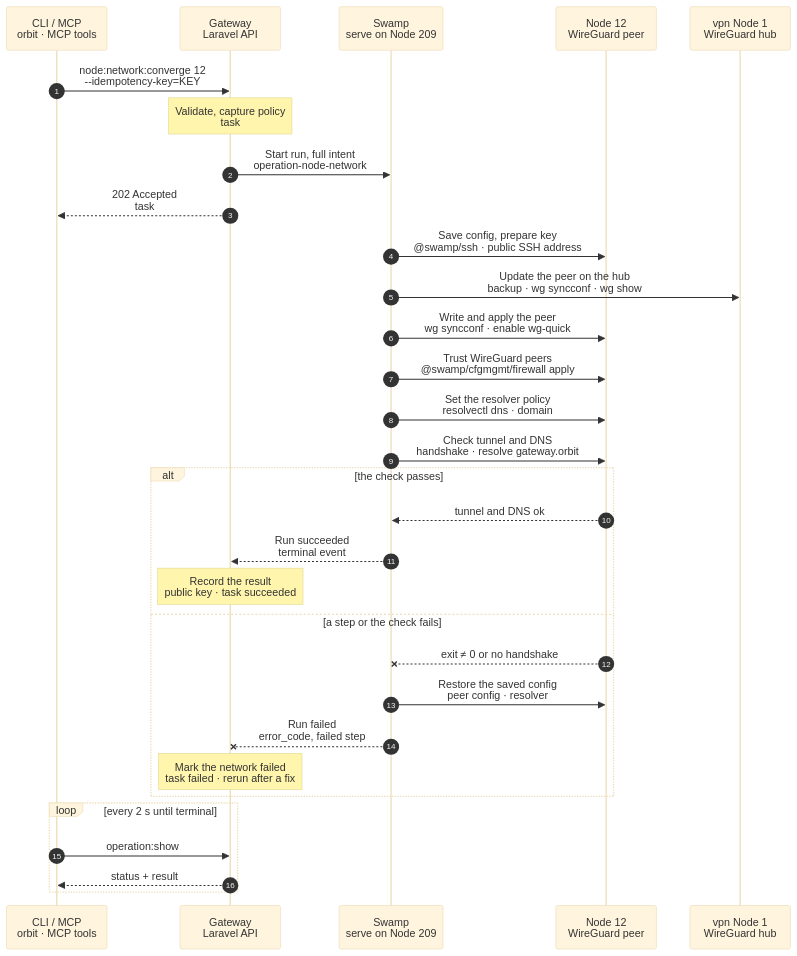
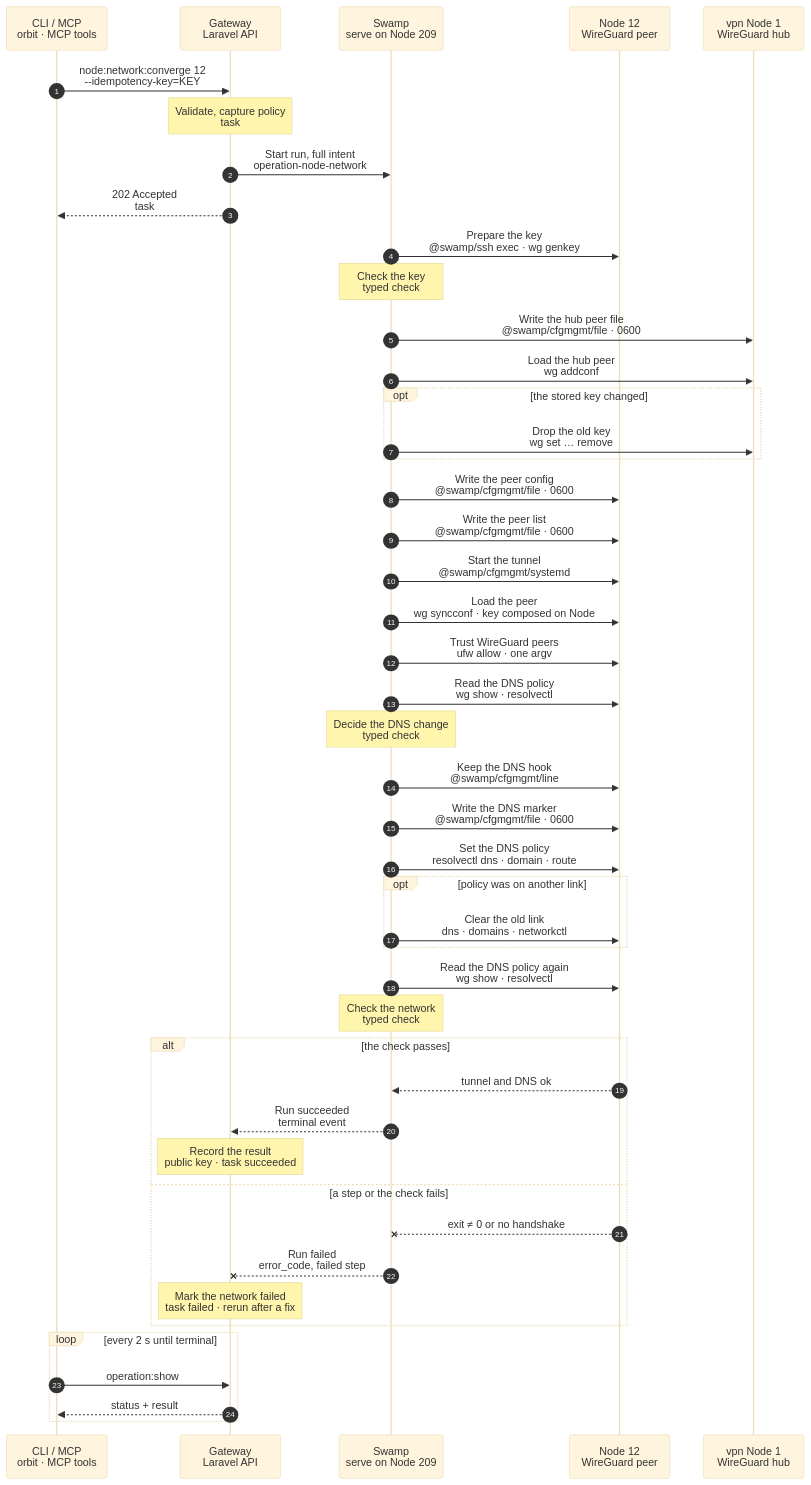
One commit to hardimpactdev/orbit changed the diagram in docs/cli/node/network-converge.mmd. Above: the diagram before and after it, drawn with Mermaid (base theme). The commit also changed 58 other files, not shown here.

```diff
--- a/docs/cli/node/network-converge.mmd
+++ b/docs/cli/node/network-converge.mmd
@@ -1,115 +1,149 @@
 sequenceDiagram
   %% Target design: ADR 0244 task, DECISIONS R2-R4 and 5, single-swamp-node + light-boxes-use-swamp-ssh, node-wireguard-change-keeps-public-ssh. docs/reference/wireguard-endpoints.md.
+  %% Tightened: flow-tighten 2026-11-02 pass 2, rule 22 (Q-WGHUB: files from the Gateway, key composed on the Node; no snapshot or restore). Hub peers are one file each (race found 2026-11-02).
   %% status: draft
   %% command: node:network:converge
   %% kind: node.network_converge
   autonumber
   %% lane CLI icon=terminal pill=caller tone=gray
   %% lane GW icon=gateway pill=intent tone=blue
   %% lane SW icon=workflow pill=executes tone=green
   %% lane N icon=server pill=target tone=amber
   %% lane H icon=server pill=target tone=purple
   participant CLI as CLI / MCP<br/>orbit · MCP tools
   participant GW as Gateway<br/>Laravel API
   participant SW as Swamp<br/>serve on Node 209
   participant N as Node 12<br/>WireGuard peer
   participant H as vpn Node 1<br/>WireGuard hub
   CLI->>GW: node:network:converge 12<br/>--idempotency-key=KEY
   %%> Command:
   %%> - `orbit node:network:converge 12`
   %%> - syntax: `<node> [--idempotency-key=KEY] [--json]`
   %%> Input:
   %%> - the Node, by ID or name; no keys, scripts or placement options
   %%> What it does:
   %%> - brings Node 12's WireGuard peer, resolver and peer trust in line with its saved network policy
   %%> - publishes the current peer list on the hub
   Note over GW: Validate, capture policy<br/>task #5170 · Node + hub lock
   %%> Requirements:
   %%> - your Node has an access grant to Node 12
   %%> - Node 12 is an active, managed Linux Node with a WireGuard address and a public SSH address
   %%> - no other network change runs for Node 12 or the hub; the Gateway holds one lock for each and waits briefly for a busy one
   %%> Builds:
   %%> - the peer config without a private key: address, hub endpoint and public key, DNS server and domains
   %%> - the hub peer list, and the WireGuard trust rule for Node 12
   %%> Result:
   %%> - task #5170 recorded with the full intent
   GW->>SW: Start run, full intent<br/>operation-node-network
   %%> What it does:
   %%> - starts one Swamp run on serve (Node 209)
   %%> Inputs:
   %%> - the peer config, the hub peer list and the resolver policy
   %%> - the addresses and SSH host keys of Node 12 and Node 1; the SSH identity comes from the `swamp` role
   GW-->>CLI: 202 Accepted<br/>task #5170
   %%> What you get:
   %%> - the task number, at once
   %%> Next:
   %%> - the CLI follows the task with `operation:show`
-  SW->>N: Save config, prepare key<br/>@swamp/ssh · public SSH address
+  SW->>N: Prepare the key<br/>@swamp/ssh exec · wg genkey
   %%> How:
-  %%> - Swamp reaches Node 12 over its public SSH address, not WireGuard, so a tunnel change cannot cut the session
+  %%> - Swamp reaches Node 12 over SSH from 209 with `@swamp/ssh`
   %%> What it does:
-  %%> - saves the current peer config and resolver settings as a backup
-  %%> - creates a key pair only when none exists; the private key never leaves Node 12
-  %%> Returns:
-  %%> - the public key
-  SW->>H: Update the peer on the hub<br/>backup · wg syncconf · wg show
+  %%> - creates `/etc/wireguard/orbit.key` (0600) only when none exists, and prints the public key; the private key never leaves Node 12
+  Note over SW: Check the key<br/>typed check
+  %%> What it does:
+  %%> - refuses a key that differs from the stored one or collides with another Node's key
+  SW->>H: Write the hub peer file<br/>@swamp/cfgmgmt/file · 0600
   %%> How:
-  %%> - over SSH from 209 with `@swamp/ssh`; Node 1 has no Swamp binary and no worker
+  %%> - over SSH from 209; Node 1 has no Swamp binary and no worker
   %%> What it does:
-  %%> - the same hub steps as `node:wireguard-hub:converge`: save the config, write the peers, `wg syncconf`, check `wg show`
-  %%> - every other peer and the `[Interface]` section stay as they are; the tunnel does not restart
-  SW->>N: Write and apply the peer<br/>wg syncconf · enable wg-quick
+  %%> - writes only this Node's `/etc/wireguard/orbit-peers.d/12.conf` on the hub
+  %%> Why one file per peer:
+  %%> - a whole-file render races: two Nodes joining at once would each load a list without the other and drop it
+  SW->>H: Load the hub peer<br/>wg addconf
   %%> What it does:
-  %%> - writes the peer config and loads it into the running tunnel with `wg syncconf`; it starts the tunnel only when it is down
-  %%> - enables the tunnel at boot
-  SW->>N: Trust WireGuard peers<br/>@swamp/cfgmgmt/firewall apply
+  %%> - adds the peer live; every other peer and the hub's interface stay as they are, and the hub does not restart
+  opt the stored key changed
+    SW->>H: Drop the old key<br/>wg set … remove
+    %%> What it does:
+    %%> - removes the Node's old key from the live hub
+  end
+  SW->>N: Write the peer config<br/>@swamp/cfgmgmt/file · 0600
+  %%> What it does:
+  %%> - writes the Gateway-rendered `orbit.conf`; its `PostUp` reads the key file, so the file holds no secret
+  SW->>N: Write the peer list<br/>@swamp/cfgmgmt/file · 0600
+  %%> What it does:
+  %%> - writes the hub `[Peer]` section alone, for `wg syncconf`
+  SW->>N: Start the tunnel<br/>@swamp/cfgmgmt/systemd
+  %%> What it does:
+  %%> - keeps `wg-quick@orbit` enabled and running; it starts it only when it is down
+  SW->>N: Load the peer<br/>wg syncconf · key composed on Node
+  %%> What it does:
+  %%> - loads the peer list into the running tunnel, composing `PrivateKey` from the key file on the Node; no restart
+  SW->>N: Trust WireGuard peers<br/>ufw allow · one argv
   %%> What it does:
   %%> - adds Orbit's managed ufw rule that trusts the WireGuard member range; an identical rule is left as it is
-  SW->>N: Set the resolver policy<br/>resolvectl dns · domain
+  SW->>N: Read the DNS policy<br/>wg show · resolvectl
   %%> What it does:
-  %%> - sends only Orbit names to VPN DNS on the tunnel link; other names keep the normal uplink
-  %%> - clears an old Orbit DNS setting on the uplink and keeps the uplink usable
-  SW->>N: Check tunnel and DNS<br/>handshake · resolve gateway.orbit
+  %%> - one read command prints the public key, resolver servers, `orbit` domains and default route, the DNS marker and the hook line
+  Note over SW: Decide the DNS change<br/>typed check
   %%> What it does:
-  %%> - checks a recent handshake with the hub, and that `gateway.orbit` resolves through the tunnel
-  %%> - checks that an outside name still resolves through the uplink
+  %%> - compares the read with the admitted policy; a match skips the DNS writes below
+  %%> - refuses a live key that is not the prepared one
+  SW->>N: Keep the DNS hook<br/>@swamp/cfgmgmt/line
+  %%> What it does:
+  %%> - keeps the Gateway-rendered `PostUp = resolvectl …` line in `orbit.conf`, so the policy returns when the tunnel starts
+  %%> - leaves every other line of the file as it is
+  SW->>N: Write the DNS marker<br/>@swamp/cfgmgmt/file · 0600
+  %%> What it does:
+  %%> - records the link, server and domains in `/etc/wireguard/orbit.dns-link`
+  SW->>N: Set the DNS policy<br/>resolvectl dns · domain · route
+  %%> What it does:
+  %%> - one command sets the server and routing domains on `orbit` with `default-route no`; only Orbit names go to VPN DNS
+  opt policy was on another link
+    SW->>N: Clear the old link<br/>dns · domains · networkctl
+    %%> When:
+    %%> - only when an earlier release put the policy on another link
+    %%> What it does:
+    %%> - one command clears the old server and domains there, gives the uplink its default route back and reconfigures it
+  end
+  SW->>N: Read the DNS policy again<br/>wg show · resolvectl
+  %%> What it does:
+  %%> - the same read as before, for the end check
+  Note over SW: Check the network<br/>typed check
+  %%> What it does:
+  %%> - requires the admitted DNS policy, the prepared key live, and a usable uplink unless the Node is an operator
   alt the check passes
     N-->>SW: tunnel and DNS ok
     %%> Returns:
     %%> - the public key and the applied resolver policy
     SW-->>GW: Run succeeded<br/>terminal event
     %%> How the Gateway learns it:
     %%> - its shared run reader sees the terminal event; Swamp never calls the Gateway
     Note over GW: Record the result<br/>public key · task succeeded
     %%> Result:
     %%> - Node 12's public key and network policy are recorded as applied
     %%> - task #5170 succeeds
   else a step or the check fails
     N--xSW: exit ≠ 0 or no handshake
     %%> When:
     %%> - a write, apply, firewall or resolver step fails, or the check finds no handshake or no DNS answer
-    SW->>N: Restore the saved config<br/>peer config · resolver
-    %%> What it does:
-    %%> - puts the saved peer config and resolver settings back and loads them, then checks the old tunnel works
-    %%> - the hub is restored the same way when its step ran
-    %%> Why:
-    %%> - Node 12 returns to the last network that worked
     SW--xGW: Run failed<br/>error_code, failed step
     %%> The Gateway reads:
     %%> - which step failed, its error code, and whether the restore passed
     Note over GW: Mark the network failed<br/>task failed · rerun after a fix
     %%> Result:
     %%> - task #5170 fails; the recorded public key stays the old one
     %%> On the Node:
     %%> - a new key pair stays on Node 12 and is reused by a rerun; the firewall rule stays, which is harmless
     %%> Retry:
     %%> - run the same command again after fixing the cause; it is a new task
   end
   loop every 2 s until terminal
     CLI->>GW: operation:show #5170
     %%> What it does:
     %%> - asks for the task's status every 2 seconds until it has ended
     GW-->>CLI: status + result
     %%> Returns:
     %%> - the current status, and the result once the task has ended
   end
```
